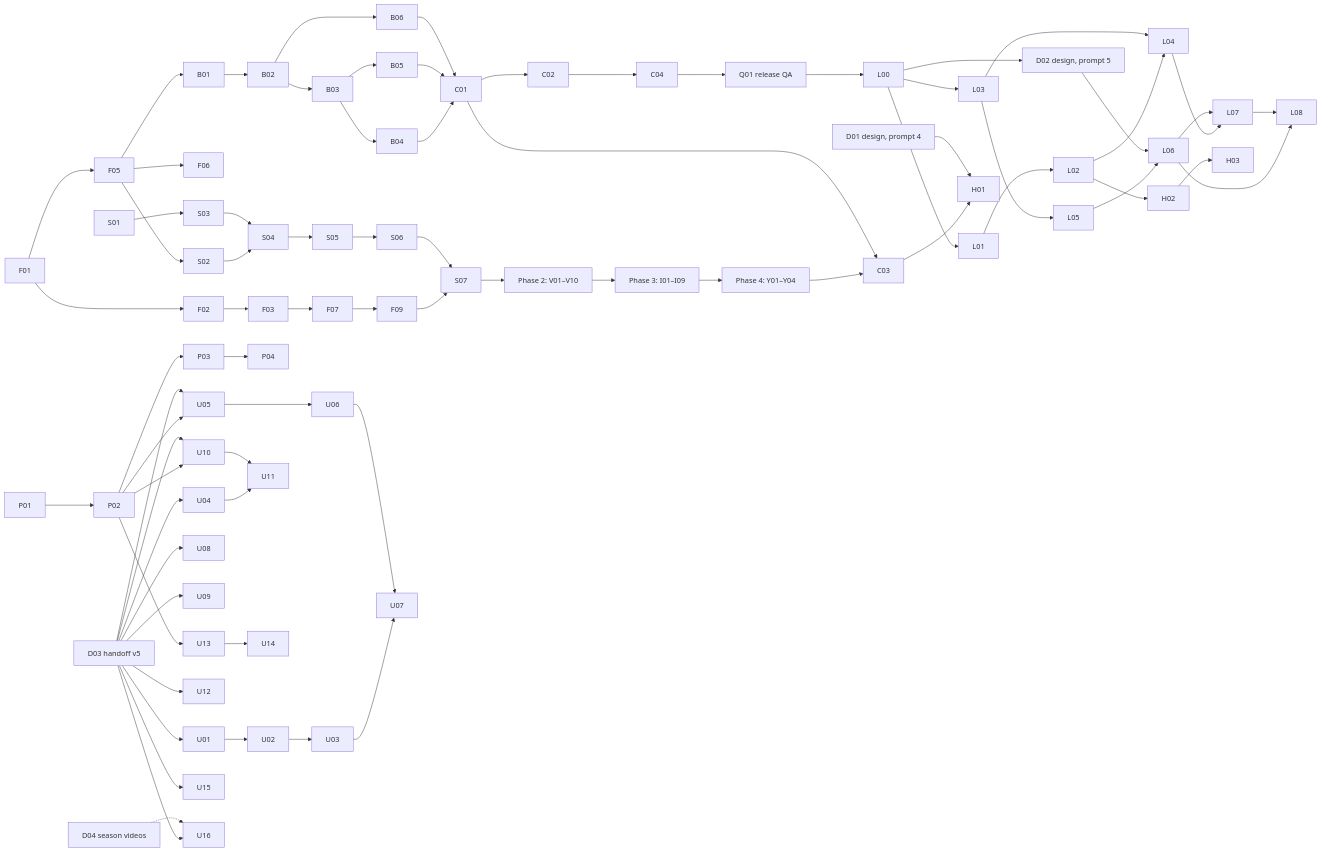
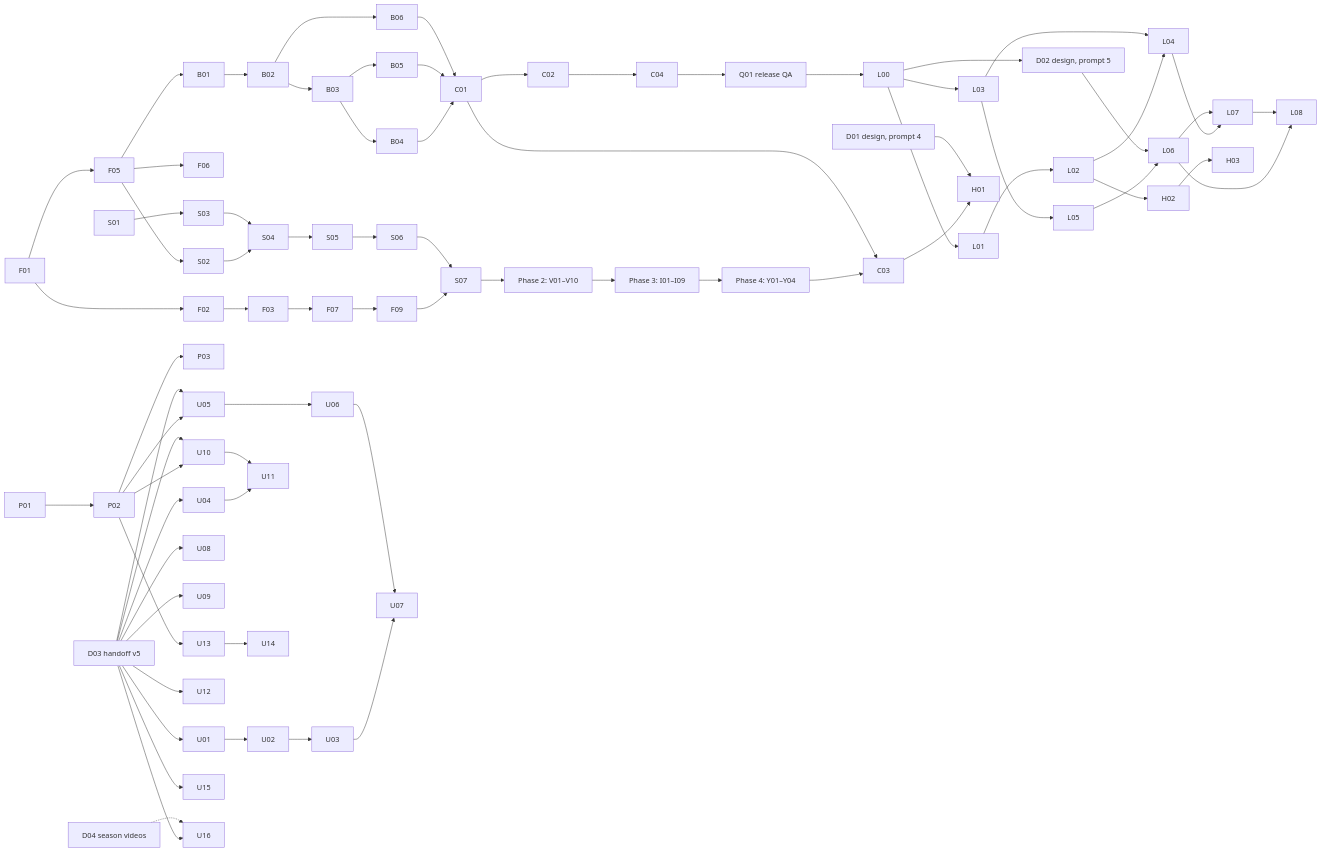
Before and after one commit to vespaiach/glance: the diagram in docs/execution-plan.md, drawn with Mermaid. The commit also changed other lines of this file and 14 other files, not shown here.

````diff
--- a/docs/execution-plan.md
+++ b/docs/execution-plan.md
@@ -34,36 +34,36 @@
 ```mermaid
 graph LR
   F01 --> F02 --> F03 --> F07 --> F09 --> S07
   F01 --> F05 --> F06
   F05 --> S02 --> S04 --> S05 --> S06 --> S07
   S01 --> S03 --> S04
   S07 --> V[Phase 2: V01–V10] --> I[Phase 3: I01–I09] --> Y[Phase 4: Y01–Y04]
   F05 --> B01 --> B02 --> B03 --> B04
   B03 --> B05
   B02 --> B06
   B04 & B05 & B06 --> C01 --> C02 --> C04
   Y --> C03
   C01 --> C03
   C04 --> Q[Q01 release QA]
   Q --> L00 --> L01 --> L02 --> L04
   L00 --> L03 --> L04
   L03 --> L05 --> L06
   L00 --> D02[D02 design, prompt 5] --> L06
   L04 & L06 --> L07
   L06 --> L08
   L07 --> L08
   C03 & D01[D01 design, prompt 4] --> H01
   L02 --> H02 --> H03
-  P01 --> P02 --> P03 --> P04
+  P01 --> P02 --> P03
   D03[D03 handoff v5] --> U01 --> U02 --> U03 --> U07
   D03 --> U04 --> U11
   P02 & D03 --> U05 --> U06 --> U07
   D03 --> U08
   D03 --> U09
   P02 & D03 --> U10 --> U11
   D03 --> U12
   P02 --> U13 --> U14
   D03 --> U15
   D03 --> U16
   D04[D04 season videos] -.-> U16
 ```
````
